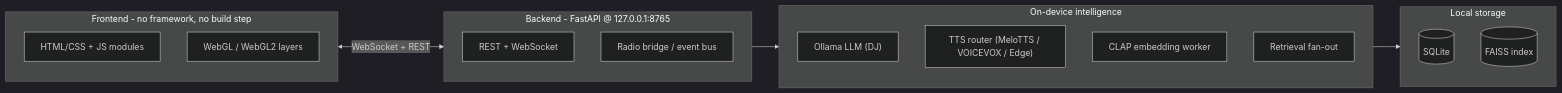
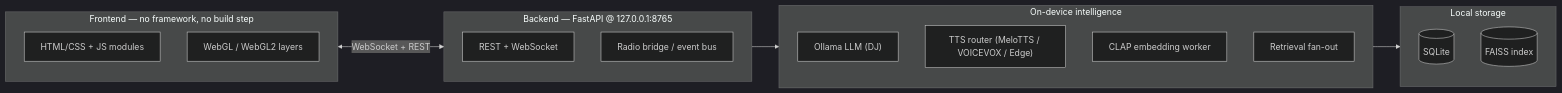
The diagram in README.md (Julian-Donald-Von/Radio-Intelligence), drawn with Mermaid (dark theme) before and after one commit. The commit also changed other lines of this file, not shown here.

````diff
--- a/README.md
+++ b/README.md
@@ -44,24 +83,24 @@
 ```mermaid
 flowchart LR
-    subgraph FE["Frontend - no framework, no build step"]
+    subgraph FE["Frontend — no framework, no build step"]
         A["HTML/CSS + JS modules"]
         B["WebGL / WebGL2 layers"]
     end
-    subgraph BE["Backend - FastAPI @ 127.0.0.1:8765"]
+    subgraph BE["Backend — FastAPI @ 127.0.0.1:8765"]
         C["REST + WebSocket"]
         D["Radio bridge / event bus"]
     end
     subgraph AI["On-device intelligence"]
         E["Ollama LLM (DJ)"]
         F["TTS router (MeloTTS / VOICEVOX / Edge)"]
         G["CLAP embedding worker"]
         H["Retrieval fan-out"]
     end
     subgraph ST["Local storage"]
         I[("SQLite")]
         J[("FAISS index")]
     end
     FE <-- "WebSocket + REST" --> BE
     BE --> AI
     AI --> ST
 ```
````
